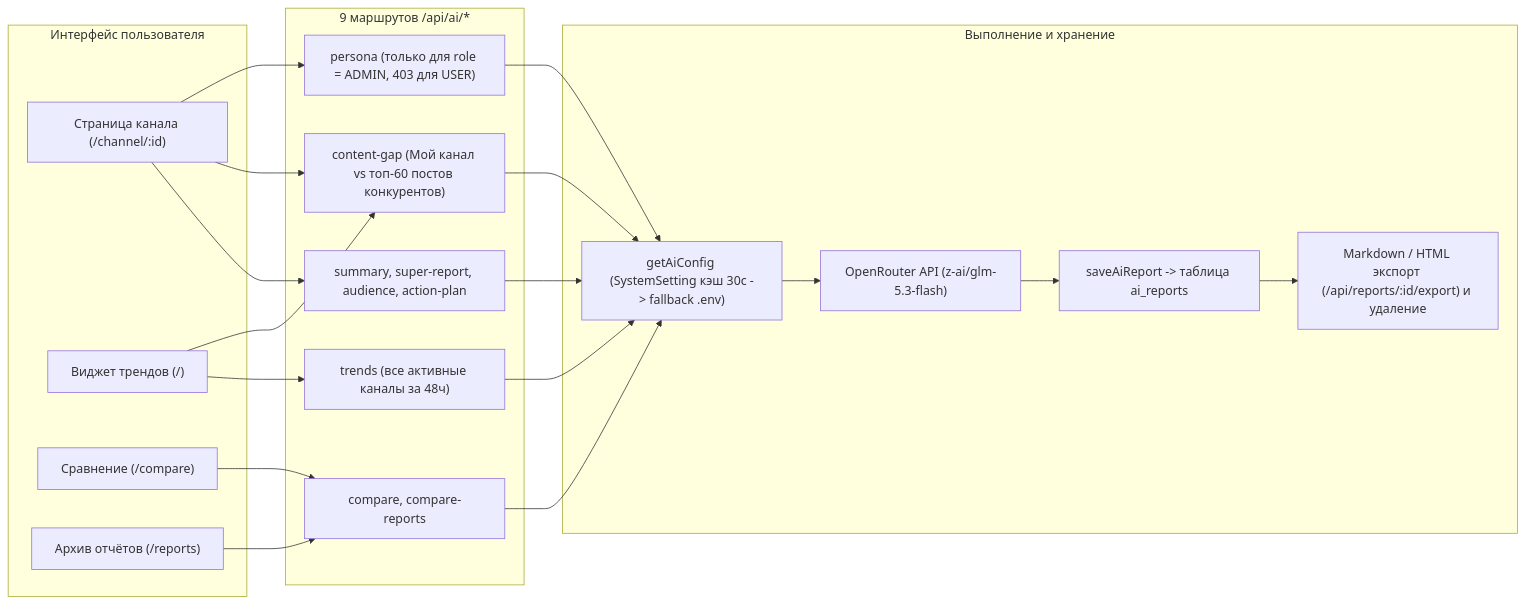
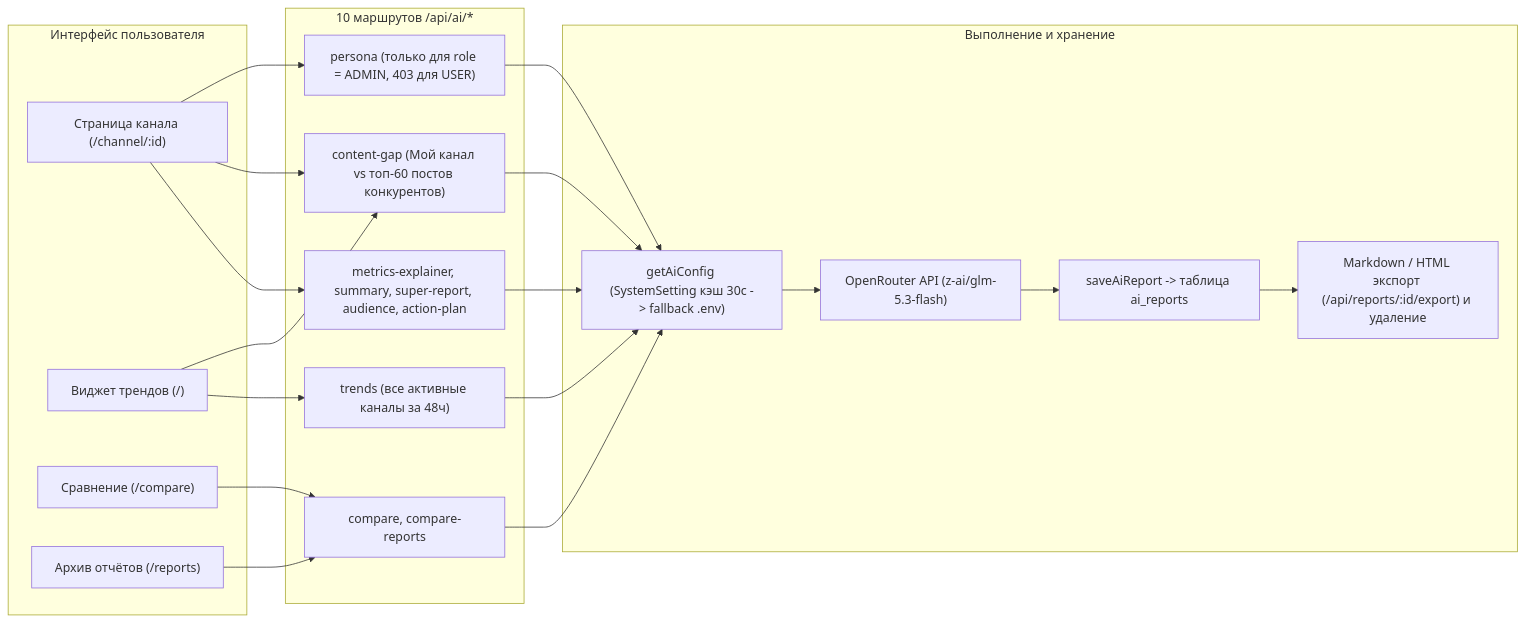
One commit to liquidsyntes/tg_mons changed the seventh of 8 diagrams in docs/architecture.md. Above: the diagram before and after it, drawn with Mermaid. The commit also changed other lines of this file and 9 other files, not shown here.

````diff
--- a/docs/architecture.md
+++ b/docs/architecture.md
@@ -397,42 +413,42 @@
 ```mermaid
 flowchart LR
     subgraph ClientUI["Интерфейс пользователя"]
         ChPage["Страница канала (/channel/:id)"]
         Dash["Виджет трендов (/)"]
         CompPage["Сравнение (/compare)"]
         RepPage["Архив отчётов (/reports)"]
     end
 
-    subgraph AIRoutes["9 маршрутов /api/ai/*"]
-        R1["summary, super-report, audience, action-plan"]
+    subgraph AIRoutes["10 маршрутов /api/ai/*"]
+        R1["metrics-explainer, summary, super-report, audience, action-plan"]
         R2["compare, compare-reports"]
         R3["trends (все активные каналы за 48ч)"]
         R4["content-gap (Мой канал vs топ-60 постов конкурентов)"]
         R5["persona (только для role = ADMIN, 403 для USER)"]
     end
 
     subgraph Execution["Выполнение и хранение"]
         Config["getAiConfig (SystemSetting кэш 30с -> fallback .env)"]
         OR["OpenRouter API (z-ai/glm-5.3-flash)"]
         Save["saveAiReport -> таблица ai_reports"]
         Export["Markdown / HTML экспорт (/api/reports/:id/export) и удаление"]
     end
 
     ChPage --> R1
     ChPage --> R4
     ChPage --> R5
     Dash --> R3
     Dash --> R4
     CompPage --> R2
     RepPage --> R2
 
     R1 --> Config
     R2 --> Config
     R3 --> Config
     R4 --> Config
     R5 --> Config
 
     Config --> OR
     OR --> Save
     Save --> Export
 ```
````
